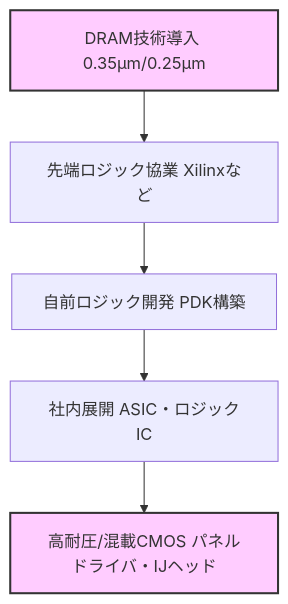
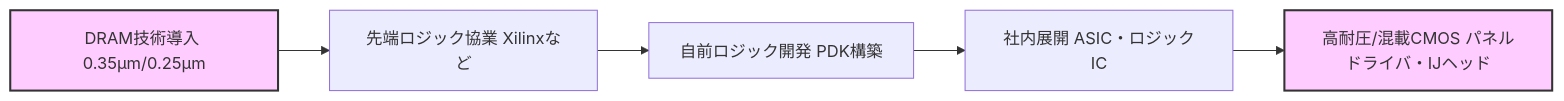
The second of 2 diagrams in archive/in1997/Epson_Sakata_8inch_Line.md (Samizo-AITL/Edusemi-Plus), drawn with Mermaid before and after one commit. The commit also changed other lines of this file, not shown here.

````diff
--- a/archive/in1997/Epson_Sakata_8inch_Line.md
+++ b/archive/in1997/Epson_Sakata_8inch_Line.md
@@ -59,10 +144,10 @@
 ```mermaid
-flowchart TB
+flowchart LR
     A[DRAM技術導入 0.35µm/0.25µm] --> B[先端ロジック協業 Xilinxなど]
     B --> C[自前ロジック開発 PDK構築]
     C --> D[社内展開 ASIC・ロジックIC]
     D --> E[高耐圧/混載CMOS パネルドライバ・IJヘッド]
 
-    classDef focus fill:#ffccff,stroke:#333,stroke-width:2px
+    classDef focus fill:#ffccff,stroke:#333,stroke-width:2px;
     class A,E focus
 ```
````
